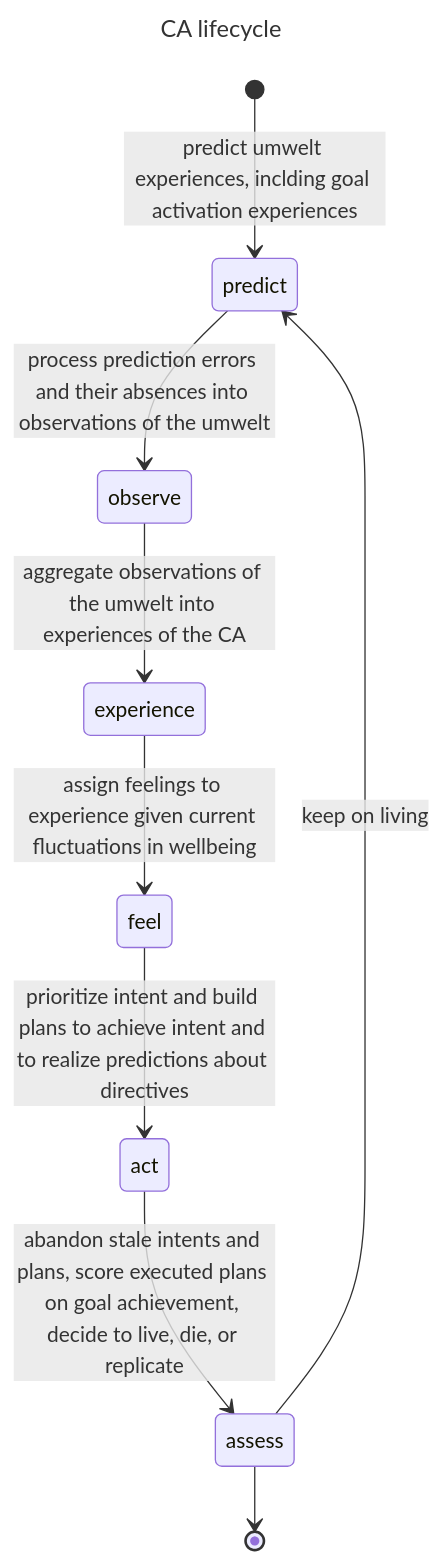
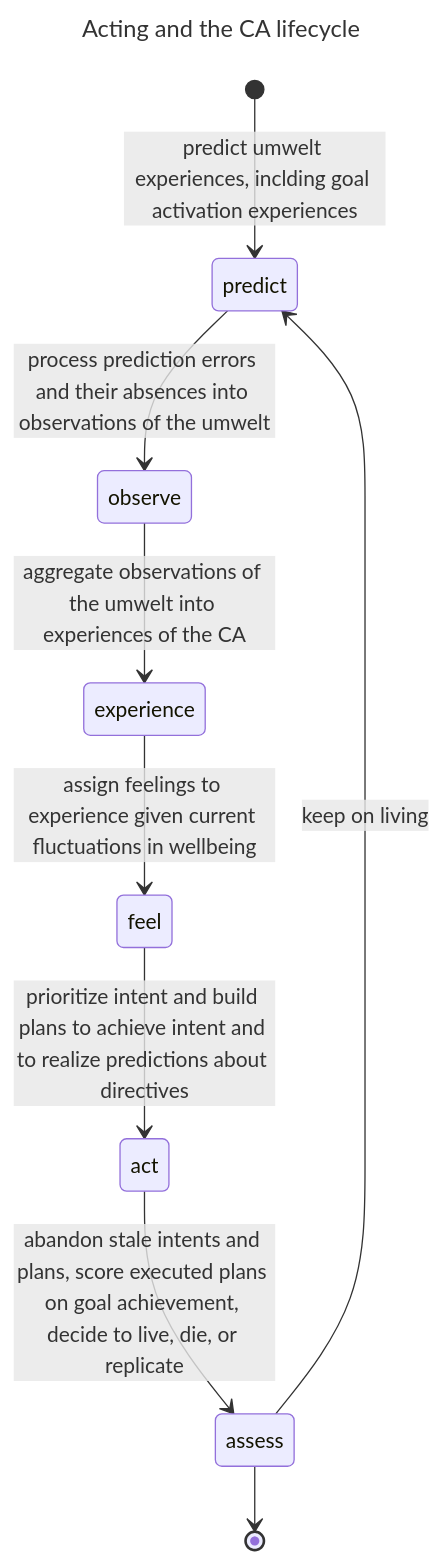
The first of 3 diagrams in design_notes/acting.md (jfcloutier/karma_system), drawn with Mermaid before and after one commit.

Commit message:
more cleanup on acting

````diff
--- a/design_notes/acting.md
+++ b/design_notes/acting.md
@@ -59,14 +59,14 @@
 ```mermaid
 ---
-title: CA lifecycle
+title: Acting and the CA lifecycle
 ---
 stateDiagram-v2
   [*] --> predict : predict umwelt experiences, inclding goal activation experiences
   predict --> observe : process prediction errors and their absences into observations of the umwelt
   observe --> experience : aggregate observations of the umwelt into experiences of the CA
   experience --> feel : assign feelings to experience given current fluctuations in wellbeing
   feel --> act : prioritize intent and build plans to achieve intent and to realize predictions about directives
   act --> assess : abandon stale intents and plans, score executed plans on goal achievement, decide to live, die, or replicate
   assess --> predict : keep on living
   assess --> [*]
 ```
````
